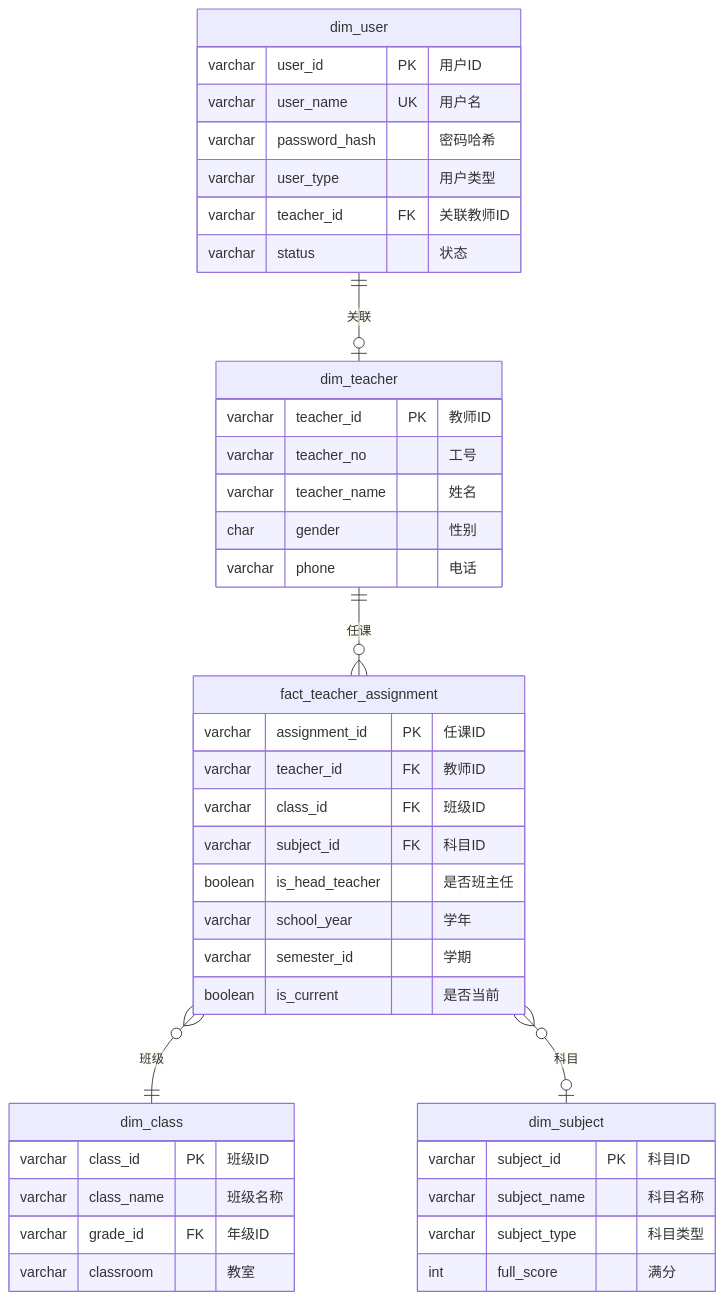
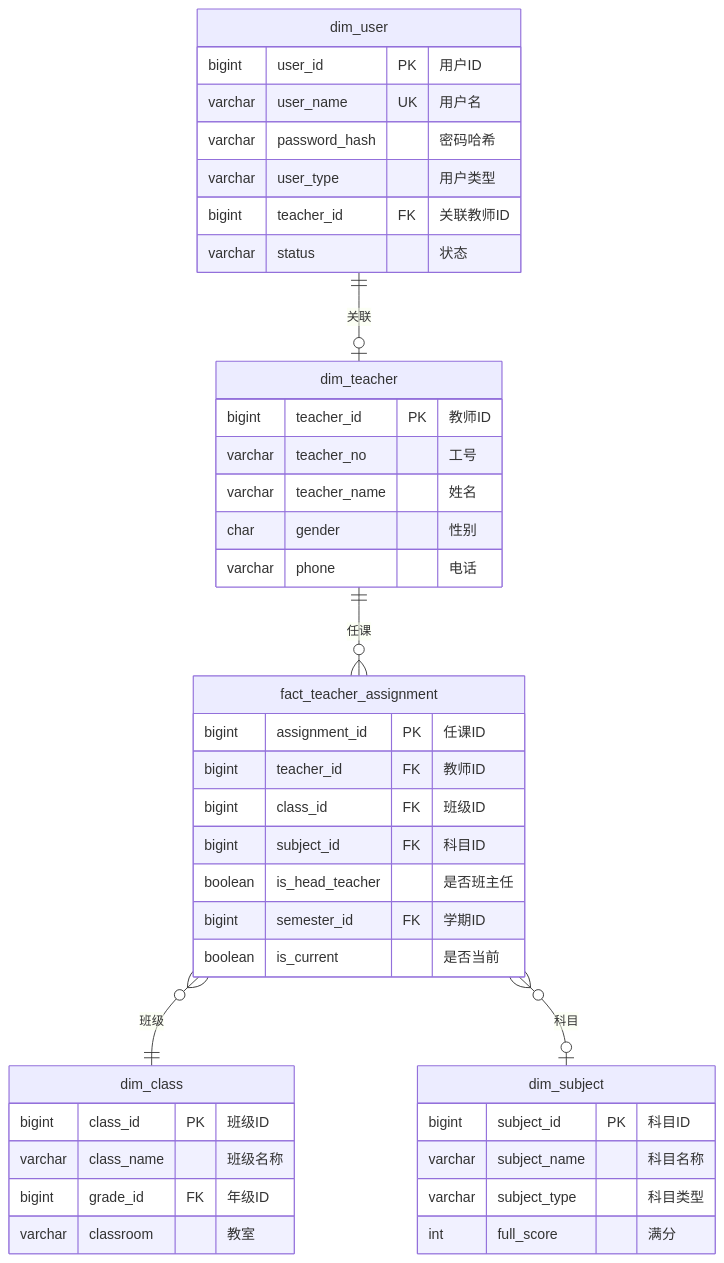
One commit to foggy-projects/foggy-data-mcp-bridge changed the fourth of 7 diagrams in docs/design/student-analytics-data-model.md. Above: the diagram before and after it, drawn with Mermaid. The commit also changed other lines of this file and 21 other files, not shown here.

````diff
--- a/docs/design/student-analytics-data-model.md
+++ b/docs/design/student-analytics-data-model.md
@@ -238,49 +199,48 @@
 ```mermaid
 erDiagram
     dim_user {
-        varchar user_id PK "用户ID"
+        bigint user_id PK "用户ID"
         varchar user_name UK "用户名"
         varchar password_hash "密码哈希"
         varchar user_type "用户类型"
-        varchar teacher_id FK "关联教师ID"
+        bigint teacher_id FK "关联教师ID"
         varchar status "状态"
     }
-    
+
     dim_teacher {
-        varchar teacher_id PK "教师ID"
+        bigint teacher_id PK "教师ID"
         varchar teacher_no "工号"
         varchar teacher_name "姓名"
         char gender "性别"
         varchar phone "电话"
     }
-    
+
     fact_teacher_assignment {
-        varchar assignment_id PK "任课ID"
-        varchar teacher_id FK "教师ID"
-        varchar class_id FK "班级ID"
-        varchar subject_id FK "科目ID"
+        bigint assignment_id PK "任课ID"
+        bigint teacher_id FK "教师ID"
+        bigint class_id FK "班级ID"
+        bigint subject_id FK "科目ID"
         boolean is_head_teacher "是否班主任"
-        varchar school_year "学年"
-        varchar semester_id "学期"
+        bigint semester_id FK "学期ID"
         boolean is_current "是否当前"
     }
-    
+
     dim_class {
-        varchar class_id PK "班级ID"
+        bigint class_id PK "班级ID"
         varchar class_name "班级名称"
-        varchar grade_id FK "年级ID"
+        bigint grade_id FK "年级ID"
         varchar classroom "教室"
     }
-    
+
     dim_subject {
-        varchar subject_id PK "科目ID"
+        bigint subject_id PK "科目ID"
         varchar subject_name "科目名称"
         varchar subject_type "科目类型"
         int full_score "满分"
     }
-    
+
     dim_user ||--o| dim_teacher : "关联"
     dim_teacher ||--o{ fact_teacher_assignment : "任课"
     fact_teacher_assignment }o--|| dim_class : "班级"
     fact_teacher_assignment }o--o| dim_subject : "科目"
 ```
````
